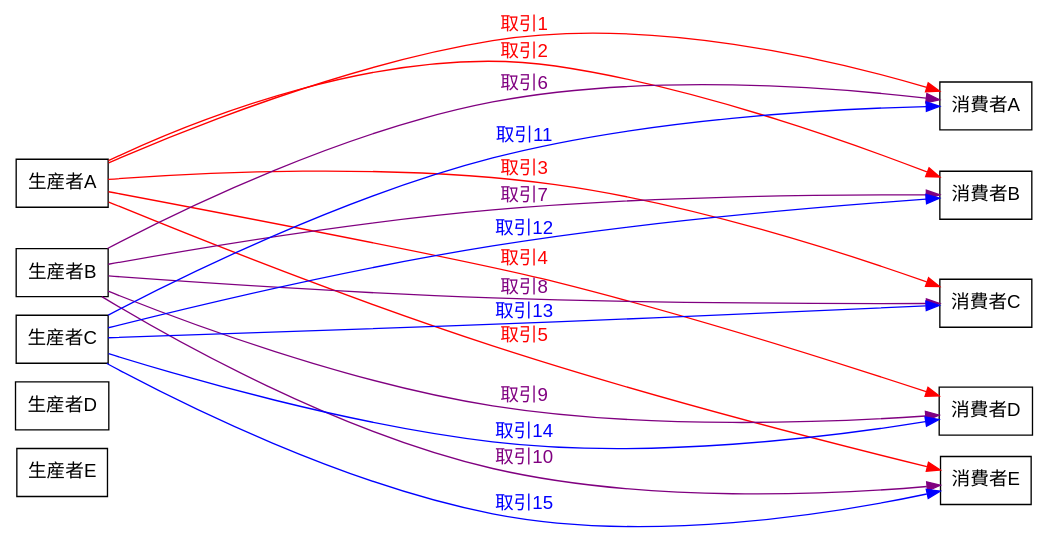
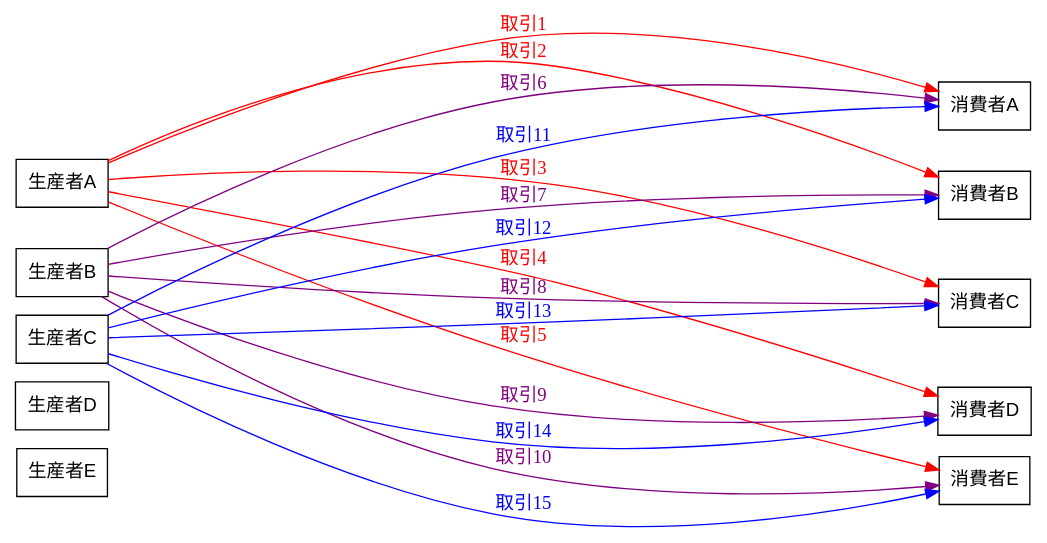
One commit to takeshinishimura/Agricultural_Markets changed the diagram in Graphviz/transaction1-3.gv. Above: the diagram before and after it, drawn with Graphviz. The commit also changed 346 other files, not shown here.

```diff
--- a/Graphviz/transaction1-3.gv
+++ b/Graphviz/transaction1-3.gv
@@ -1,55 +1,61 @@
 digraph transaction2 {
   rankdir=LR;
   node [fontname=Helvetica, shape=box];
   ranksep=8.0;
   nodesep=0.1;
 
   subgraph kluster_0 {
-    label="生産者";
-    P1 [label="生産者A"];
-    P2 [label="生産者B"];
-    P3 [label="生産者C"];
-    P4 [label="生産者D"];
-    P5 [label="生産者E"];
-    P1 -> P2 [style=invis];
-    P2 -> P3 [style=invis];
-    P3 -> P4 [style=invis];
-    P4 -> P5 [style=invis];
+    label = "生産者";
+    P1 [label = "生産者A"];
+    P2 [label = "生産者B"];
+    P3 [label = "生産者C"];
+    P4 [label = "生産者D"];
+    P5 [label = "生産者E"];
+    P1 -> P2 [style = invis];
+    P2 -> P3 [style = invis];
+    P3 -> P4 [style = invis];
+    P4 -> P5 [style = invis];
     {rank = same; P1; P2; P3; P4; P5}
   }
 
   subgraph kluster_1 {
-    label="消費者";
-    C1 [label="消費者A"];
-    C2 [label="消費者B"];
-    C3 [label="消費者C"];
-    C4 [label="消費者D"];
-    C5 [label="消費者E"];
-    C1 -> C2 [style=invis];
-    C2 -> C3 [style=invis];
-    C3 -> C4 [style=invis];
-    C4 -> C5 [style=invis];
+    label = "消費者";
+    C1 [label = "消費者A"];
+    C2 [label = "消費者B"];
+    C3 [label = "消費者C"];
+    C4 [label = "消費者D"];
+    C5 [label = "消費者E"];
+    C1 -> C2 [style = invis];
+    C2 -> C3 [style = invis];
+    C3 -> C4 [style = invis];
+    C4 -> C5 [style = invis];
     {rank = same; C1; C2; C3; C4; C5}
   }
 
-  edge [fontname=Helvetica, fontcolor=red, color=red];
-  P1 -> C1 [label="取引1"];
-  P1 -> C2 [label="取引2"];
-  P1 -> C3 [label="取引3"];
-  P1 -> C4 [label="取引4"];
-  P1 -> C5 [label="取引5"];
+  edge [fontname = "IPAEXGothic",
+        fontcolor = red,
+        color = red];
+  P1 -> C1 [label = "取引1"];
+  P1 -> C2 [label = "取引2"];
+  P1 -> C3 [label = "取引3"];
+  P1 -> C4 [label = "取引4"];
+  P1 -> C5 [label = "取引5"];
   
-  edge [fontname=Helvetica, fontcolor=purple, color=purple];
-  P2 -> C1 [label="取引6"];
-  P2 -> C2 [label="取引7"];
-  P2 -> C3 [label="取引8"];
-  P2 -> C4 [label="取引9"];
-  P2 -> C5 [label="取引10"];
+  edge [fontname = "IPAEXGothic",
+        fontcolor = purple,
+        color = purple];
+  P2 -> C1 [label = "取引6"];
+  P2 -> C2 [label = "取引7"];
+  P2 -> C3 [label = "取引8"];
+  P2 -> C4 [label = "取引9"];
+  P2 -> C5 [label = "取引10"];
   
-  edge [fontname=Helvetica, fontcolor=blue, color=blue];
-  P3 -> C1 [label="取引11"];
-  P3 -> C2 [label="取引12"];
-  P3 -> C3 [label="取引13"];
-  P3 -> C4 [label="取引14"];
-  P3 -> C5 [label="取引15"];
+  edge [fontname = "IPAEXGothic",
+        fontcolor = blue,
+        color = blue];
+  P3 -> C1 [label = "取引11"];
+  P3 -> C2 [label = "取引12"];
+  P3 -> C3 [label = "取引13"];
+  P3 -> C4 [label = "取引14"];
+  P3 -> C5 [label = "取引15"];
 }
```
